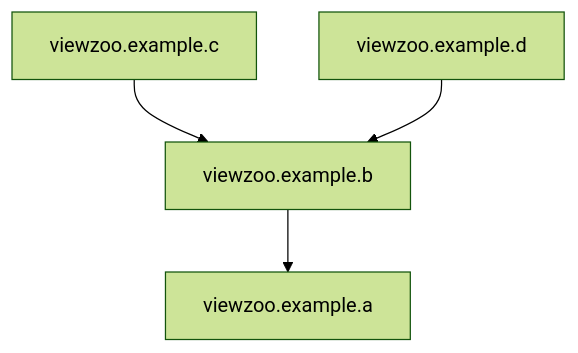
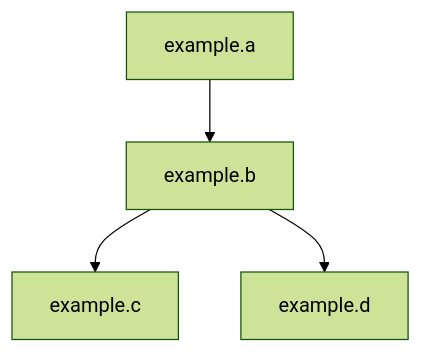
The first of 2 diagrams in README.md (robfromboulder/viewmapper), drawn with Mermaid (forest theme) before and after one commit. The commit also changed other lines of this file, not shown here.

Commit message:
Update example

````diff
--- a/README.md
+++ b/README.md
@@ -39,11 +40,11 @@
 ```mermaid
-graph TD
-    node1["viewzoo.example.c"]
-    node2["viewzoo.example.d"]
-    node3["viewzoo.example.b"]
-    node4["viewzoo.example.a"]
+graph TB
+    node1["example.a"]
+    node2["example.b"]
+    node3["example.c"]
+    node4["example.d"]
 
-    node1 --> node3
+    node1 --> node2
     node2 --> node3
-    node3 --> node4
+    node2 --> node4
 ```
````
